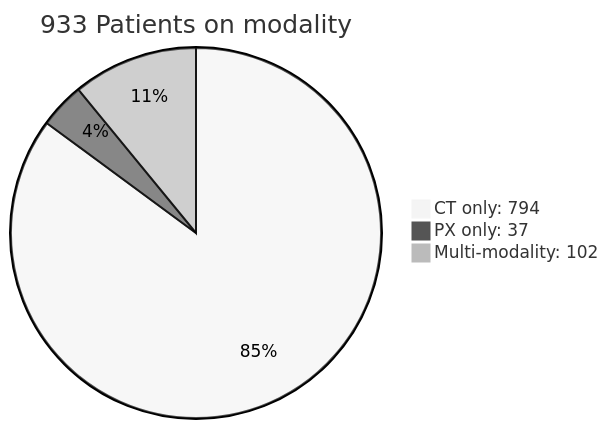
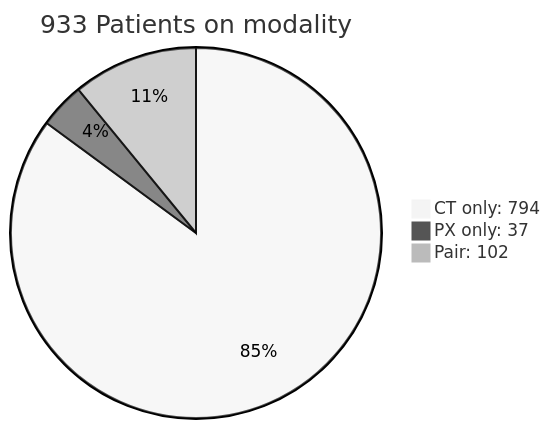
One commit to doidio/nonapx changed the fifth of 5 diagrams in SUMMARY.md. Above: the diagram before and after it, drawn with Mermaid (neutral theme). The commit also changed 4 other files, not shown here.

Commit message:
refactor: update DICOM tag schema and improve CT/PX image processing and pairing logic

````diff
--- a/SUMMARY.md
+++ b/SUMMARY.md
@@ -55,6 +55,6 @@
 ```mermaid
 pie title 933 Patients on modality
     "CT only: 794": 794
     "PX only: 37": 37
-    "Multi-modality: 102": 102
+    "Pair: 102": 102
 ```
````
